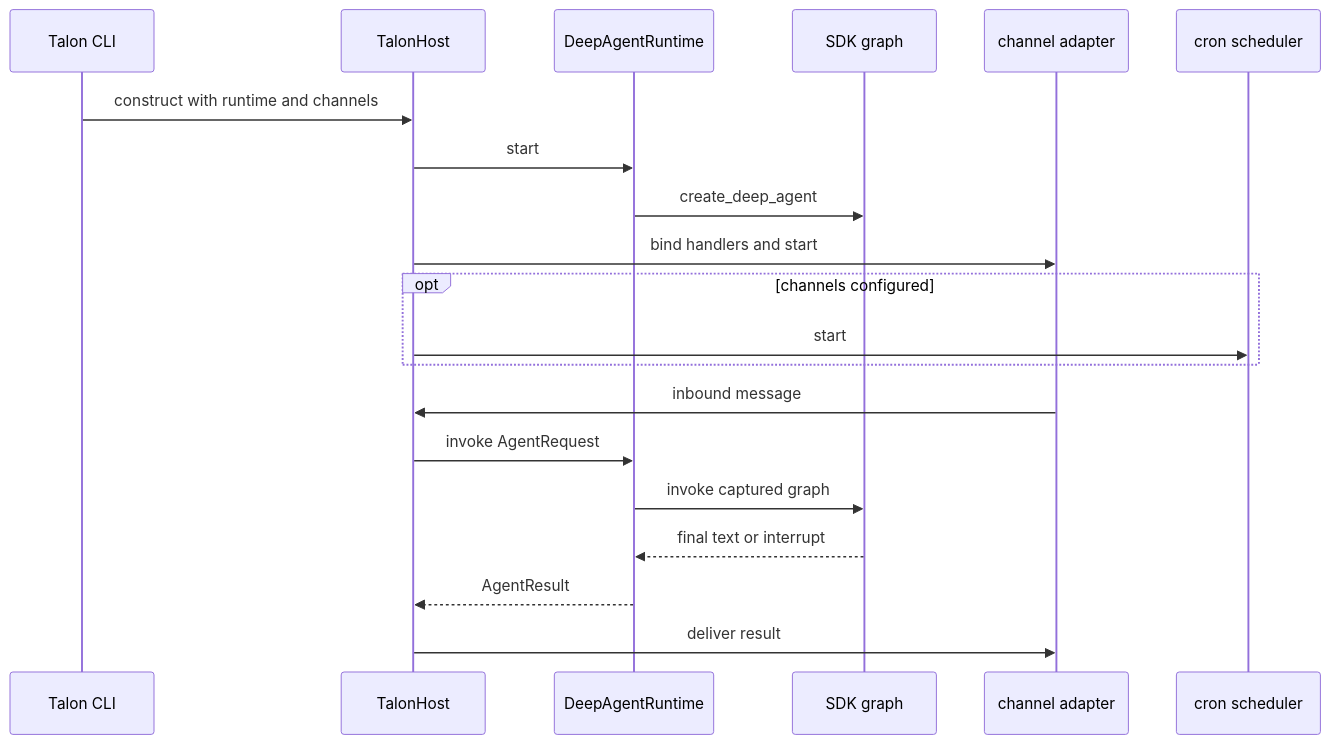
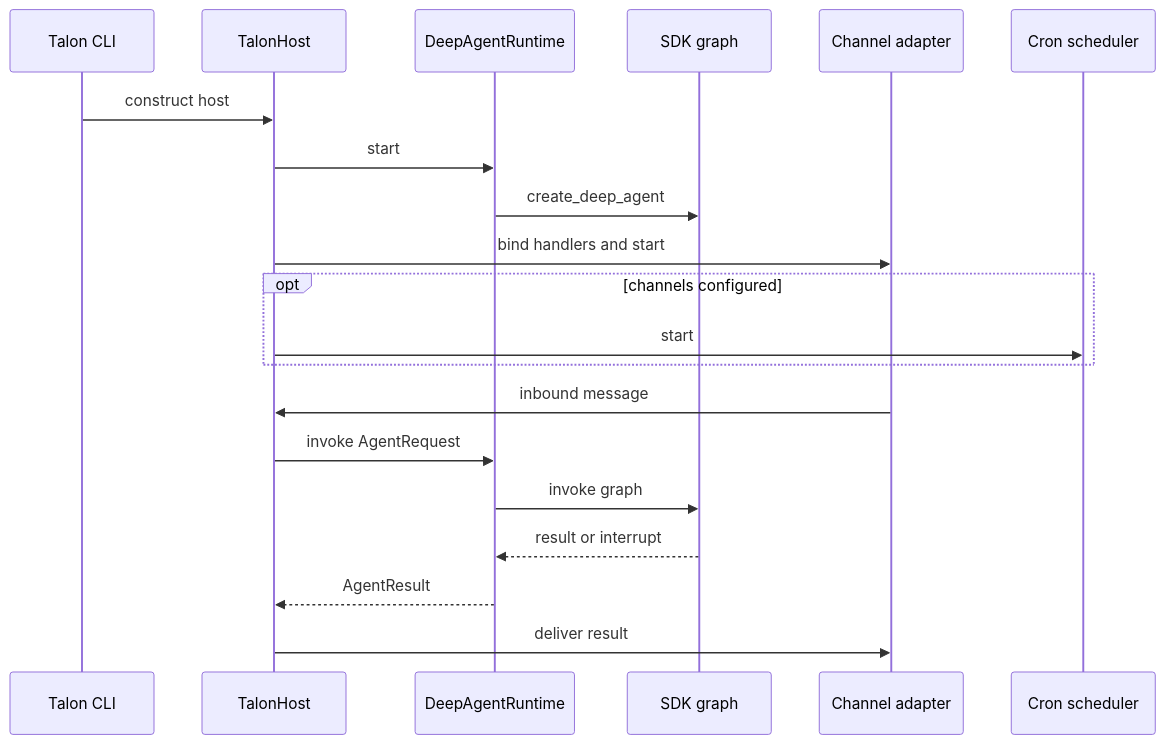
One commit to langchain-ai/deepagents changed the second of 2 diagrams in openwiki/architecture/overview.md. Above: the diagram before and after it, drawn with Mermaid. The commit also changed other lines of this file and 41 other files, not shown here.

````diff
--- a/openwiki/architecture/overview.md
+++ b/openwiki/architecture/overview.md
@@ -112,22 +117,22 @@
 ```mermaid
 sequenceDiagram
   participant CLI as Talon CLI
   participant Host as TalonHost
   participant Runtime as DeepAgentRuntime
   participant Graph as SDK graph
-  participant Channel as channel adapter
-  participant Scheduler as cron scheduler
-  CLI->>Host: construct with runtime and channels
+  participant Channel as Channel adapter
+  participant Scheduler as Cron scheduler
+  CLI->>Host: construct host
   Host->>Runtime: start
   Runtime->>Graph: create_deep_agent
   Host->>Channel: bind handlers and start
   opt channels configured
     Host->>Scheduler: start
   end
   Channel->>Host: inbound message
   Host->>Runtime: invoke AgentRequest
-  Runtime->>Graph: invoke captured graph
-  Graph-->>Runtime: final text or interrupt
+  Runtime->>Graph: invoke graph
+  Graph-->>Runtime: result or interrupt
   Runtime-->>Host: AgentResult
   Host->>Channel: deliver result
 ```
````
